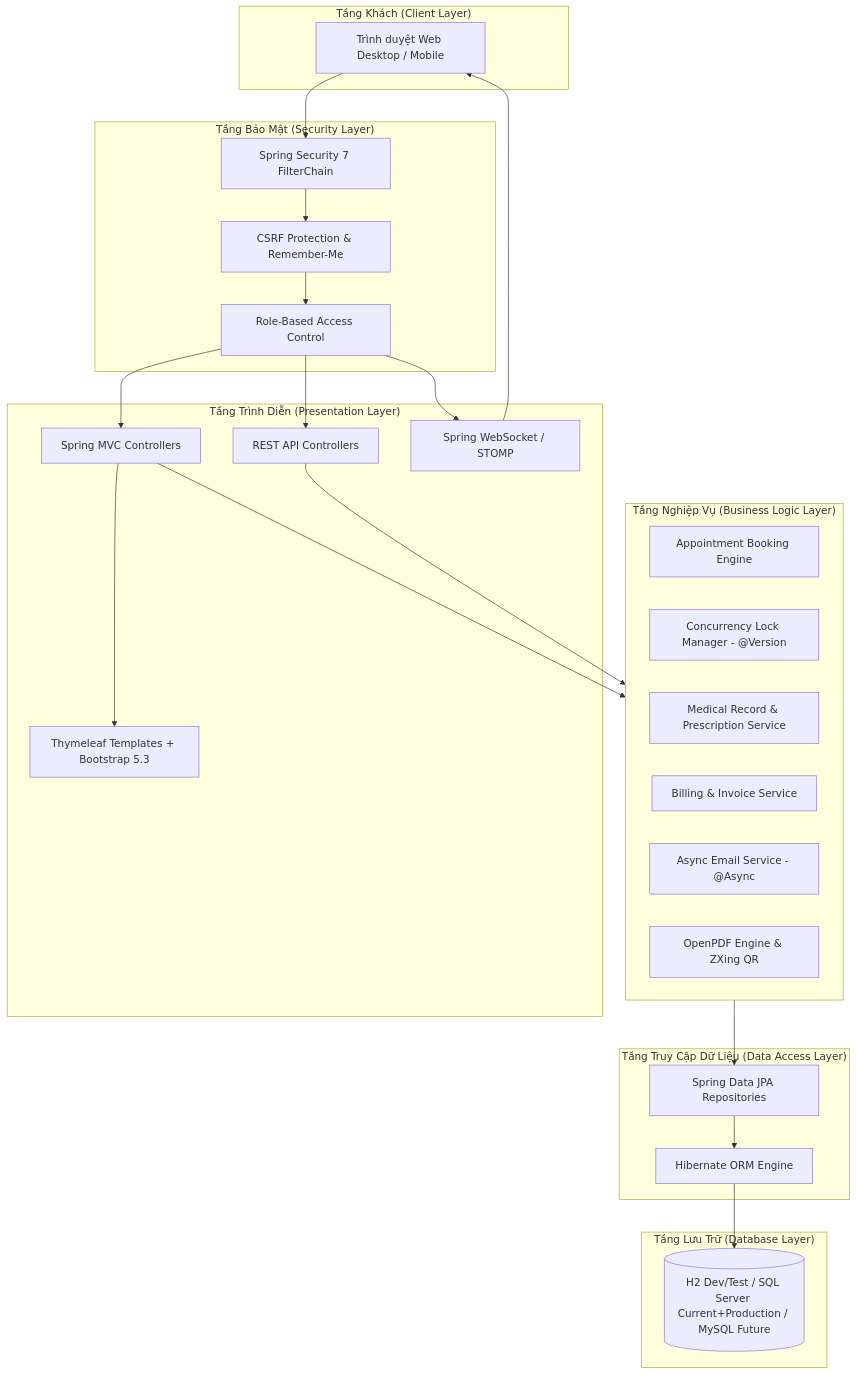
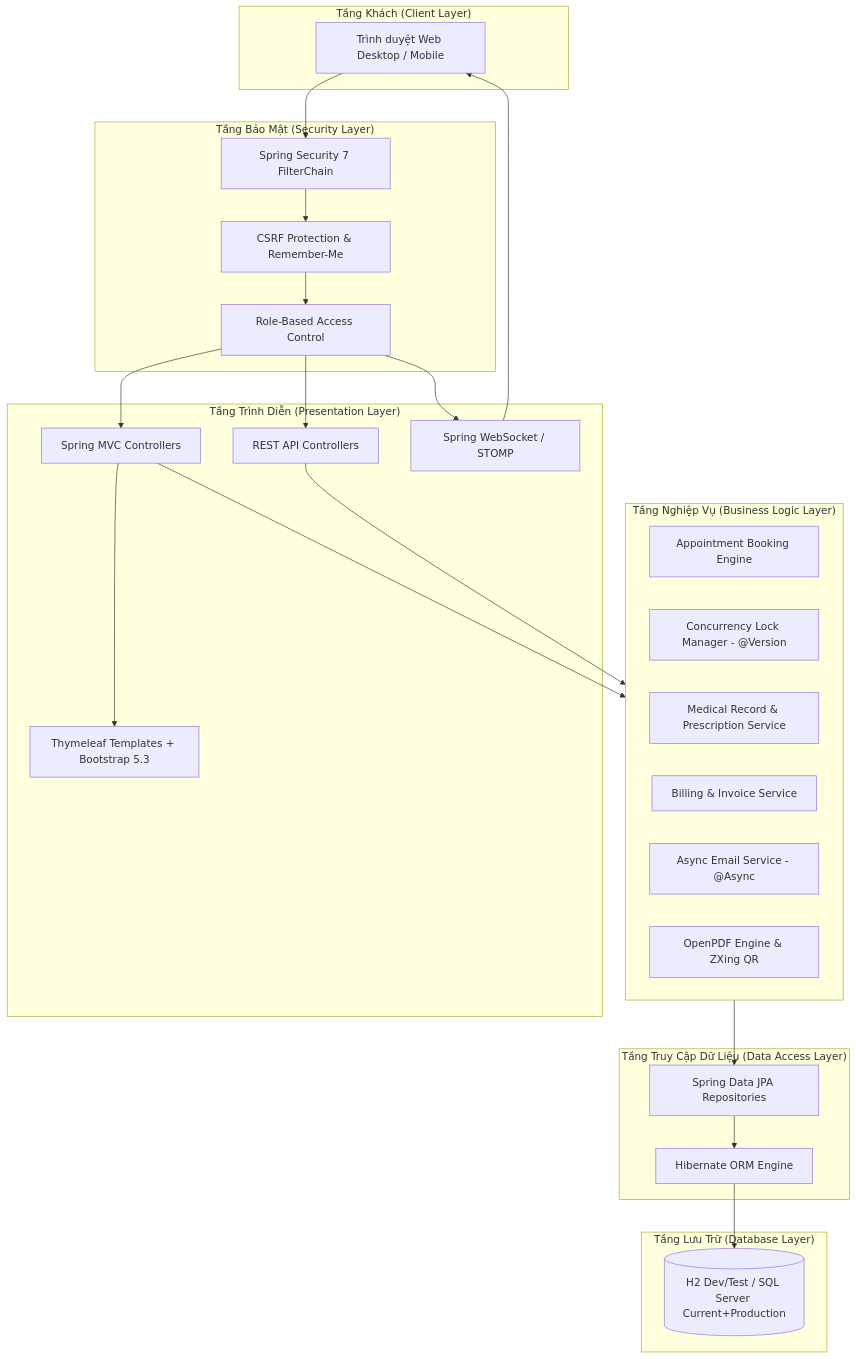
One commit to tranducanhyn99-prog/medclinic-system changed the diagram in docs/05_SYSTEM_ARCHITECTURE.md. Above: the diagram before and after it, drawn with Mermaid. The commit also changed other lines of this file and 184 other files, not shown here.

````diff
--- a/docs/05_SYSTEM_ARCHITECTURE.md
+++ b/docs/05_SYSTEM_ARCHITECTURE.md
@@ -12,51 +12,51 @@
 ```mermaid
 graph TD
     subgraph Client ["Tầng Khách (Client Layer)"]
         Browser[Trình duyệt Web Desktop / Mobile]
     end
 
     subgraph Security ["Tầng Bảo Mật (Security Layer)"]
         Filter[Spring Security 7 FilterChain]
         CSRF[CSRF Protection & Remember-Me]
         RBAC[Role-Based Access Control]
     end
 
     subgraph Web ["Tầng Trình Diễn (Presentation Layer)"]
         Ctrl[Spring MVC Controllers]
         RestCtrl[REST API Controllers]
         Realtime[Spring WebSocket / STOMP]
         Views[Thymeleaf Templates + Bootstrap 5.3]
     end
 
     subgraph Service ["Tầng Nghiệp Vụ (Business Logic Layer)"]
         AppSvc[Appointment Booking Engine]
         LockMgr[Concurrency Lock Manager - @Version]
         MedSvc[Medical Record & Prescription Service]
         InvSvc[Billing & Invoice Service]
         MailSvc[Async Email Service - @Async]
         PdfSvc[OpenPDF Engine & ZXing QR]
     end
 
     subgraph Data ["Tầng Truy Cập Dữ Liệu (Data Access Layer)"]
         JPA[Spring Data JPA Repositories]
         Hibernate[Hibernate ORM Engine]
     end
 
     subgraph Storage ["Tầng Lưu Trữ (Database Layer)"]
-        DB[(H2 Dev/Test / SQL Server Current+Production / MySQL Future)]
+        DB[(H2 Dev/Test / SQL Server Current+Production)]
     end
 
     Browser --> Filter
     Filter --> CSRF
     CSRF --> RBAC
     RBAC --> Ctrl
     RBAC --> RestCtrl
     RBAC --> Realtime
     Realtime --> Browser
     Ctrl --> Views
     Ctrl --> Service
     RestCtrl --> Service
     Service --> JPA
     JPA --> Hibernate
     Hibernate --> DB
 ```
````
